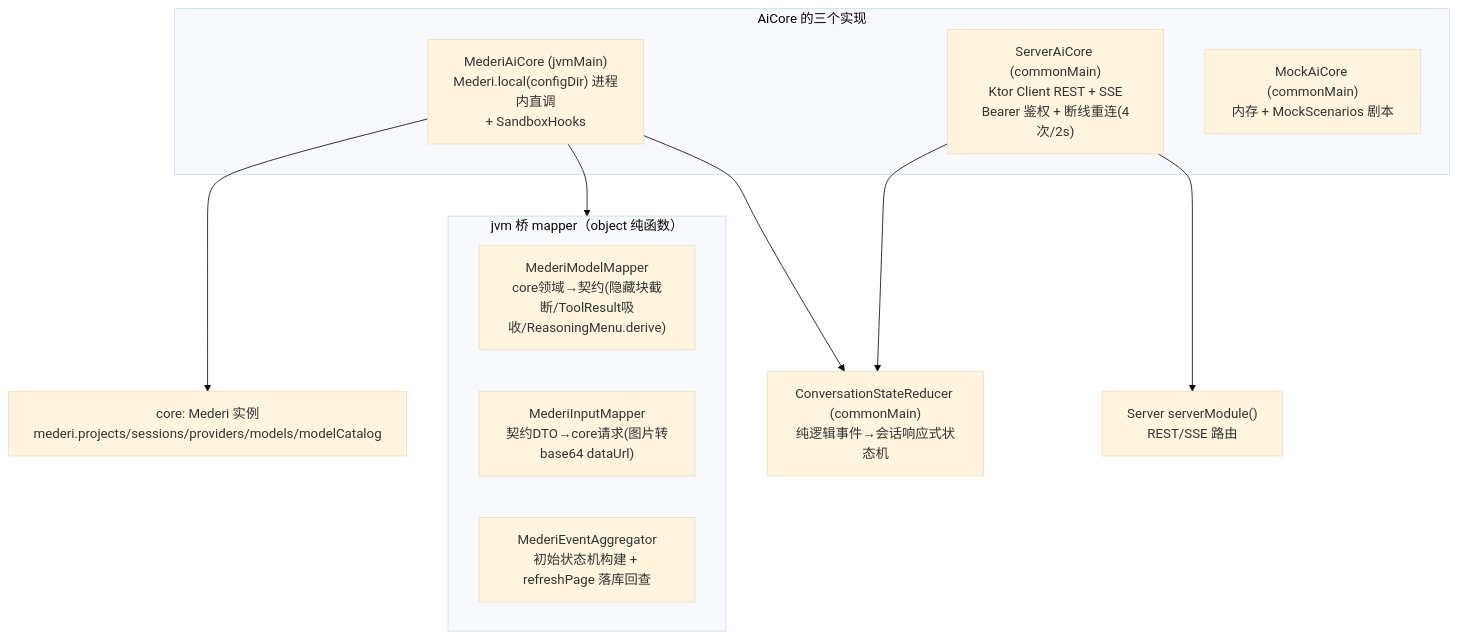
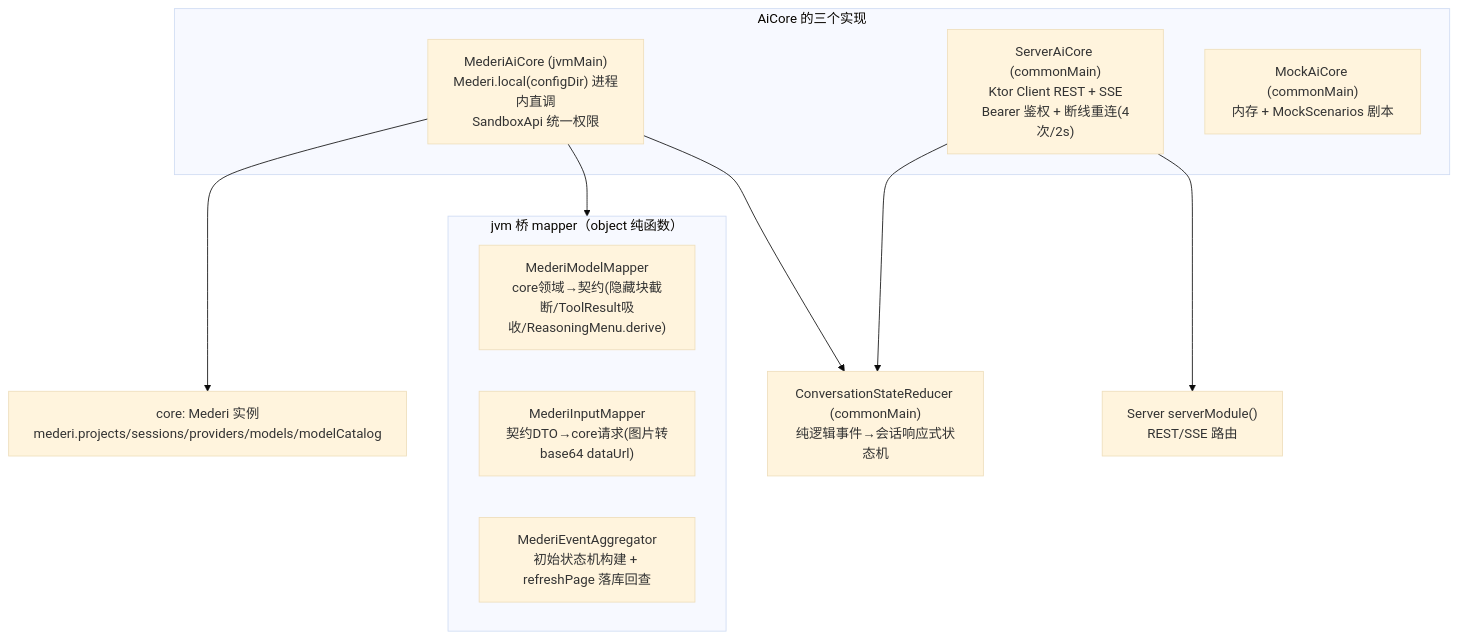
One commit to lzdev42/mederi changed the first of 4 diagrams in docs/architecture/02-app-shared.md. Above: the diagram before and after it, drawn with Mermaid (base theme). The commit also changed other lines of this file and 391 other files, not shown here.

````diff
--- a/docs/architecture/02-app-shared.md
+++ b/docs/architecture/02-app-shared.md
@@ -223,21 +242,21 @@
 ```mermaid
 flowchart TB
     subgraph impls["AiCore 的三个实现"]
-        MAC["MederiAiCore (jvmMain)<br/>Mederi.local(configDir) 进程内直调<br/>+ SandboxHooks"]
+        MAC["MederiAiCore (jvmMain)<br/>Mederi.local(configDir) 进程内直调<br/>SandboxApi 统一权限"]
         SAC["ServerAiCore (commonMain)<br/>Ktor Client REST + SSE<br/>Bearer 鉴权 + 断线重连(4次/2s)"]
         MOCK["MockAiCore (commonMain)<br/>内存 + MockScenarios 剧本"]
     end
     CORE["core: Mederi 实例<br/>mederi.projects/sessions/providers/models/modelCatalog"]
     RS["Server serverModule()<br/>REST/SSE 路由"]
     subgraph mappers["jvm 桥 mapper（object 纯函数）"]
         MM["MederiModelMapper<br/>core领域→契约(隐藏块截断/ToolResult吸收/ReasoningMenu.derive)"]
         MI["MederiInputMapper<br/>契约DTO→core请求(图片转base64 dataUrl)"]
         EA["MederiEventAggregator<br/>初始状态机构建 + refreshPage 落库回查"]
     end
     REDUCER["ConversationStateReducer (commonMain)<br/>纯逻辑事件→会话响应式状态机"]
     MAC --> CORE
     MAC --> mappers
     SAC --> RS
     SAC --> REDUCER
     MAC --> REDUCER
 ```
````
